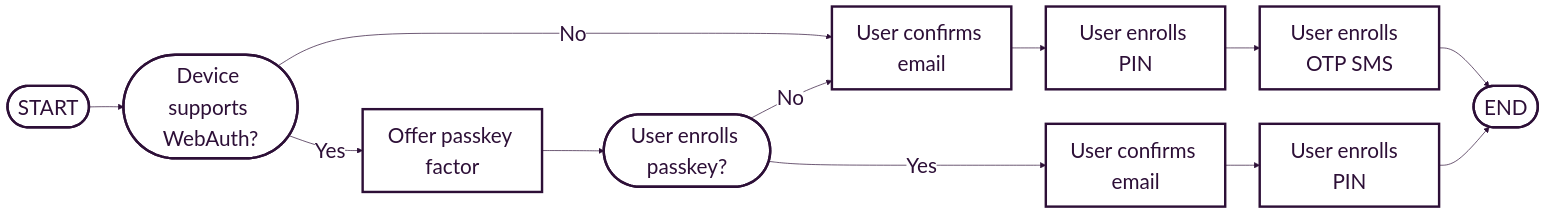
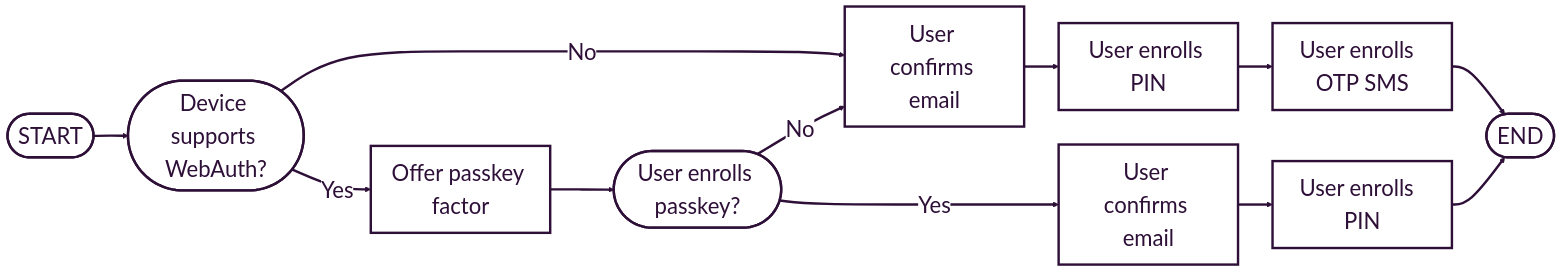
The first of 6 diagrams in guides/sca/factors.mdx (Mangopay/docs), drawn with Mermaid before and after one commit. The commit also changed other lines of this file and 1 other file, not shown here.

````diff
--- a/guides/sca/factors.mdx
+++ b/guides/sca/factors.mdx
@@ -283,43 +285,43 @@
 ```mermaid
 %%{
   init: {
     'theme': 'base',
     'themeVariables': {
       'primaryColor': '#FFFFFF',
       'primaryTextColor': '#2D0F37',
       'primaryBorderColor': '#2D0F37',
       'lineColor': '#2D0F37',
       'secondaryColor': '#FFFFFF',
       'tertiaryColor': '#FFFFFF',
-      'fontSize': '30px',
+      'fontSize': '32px',
       'fontFamily': 'Inter'
     }
   }
 }%%
 flowchart LR
-    n6["Offer passkey factor"] --> n7(["User enrolls passkey?"])
-    n8["User confirms email"] --> n11["User enrolls  PIN"]
-    n14(["START"]) --> n4(["Device supports WebAuth?"])
-    n12["User confirms email"] --> n15["User enrolls PIN"]
-    n15 --> n16["User enrolls  OTP SMS"]
-    n16 --> n13(["END"])
-    n4 -- No --> n12
-    n4 -- Yes --> n6
-    n7 -- No --> n12
-    n11 --> n13
-    n7 -- Yes --> n8
+    n6["Offer passkey factor"]  ==> n7(["User enrolls passkey?"])
+    n8["User confirms email"]  ==> n11["User enrolls  PIN"]
+    n14(["START"])  ==> n4(["Device supports WebAuth?"])
+    n12["User confirms email"]  ==> n15["User enrolls PIN"]
+    n15  ==> n16["User enrolls  OTP SMS"]
+    n16  ==> n13(["END"])
+    n4  == No  ==> n12
+    n4  == Yes  ==> n6
+    n7  == No  ==> n12
+    n11  ==> n13
+    n7  == Yes  ==> n8
 
     n6@{ shape: rect}
     n8@{ shape: rect}
 
     style n4 stroke-width:3.5px
     style n6 stroke-width:3.5px
     style n7 stroke-width:3.5px
     style n8 stroke-width:3.5px
     style n11 stroke-width:3.5px
     style n12 stroke-width:3.5px
     style n13 stroke-width:3.5px
     style n14 stroke-width:3.5px
     style n15 stroke-width:3.5px
     style n16 stroke-width:3.5px
 ```
````
